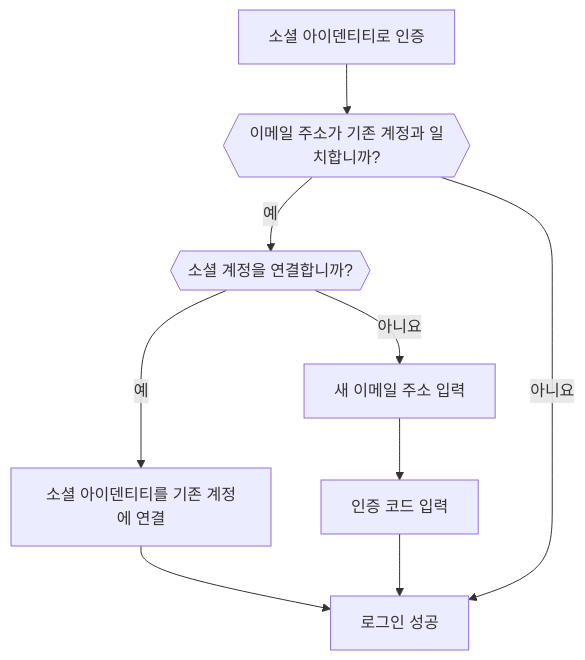
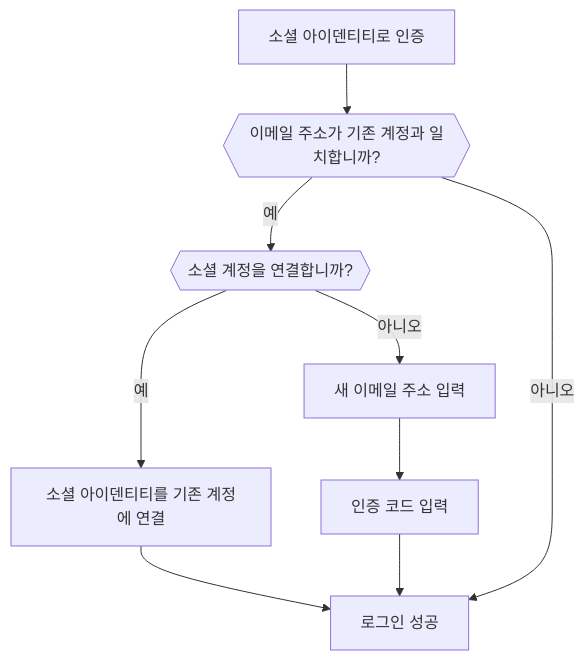
One commit to logto-io/docs changed the fifth of 5 diagrams in i18n/ko/docusaurus-plugin-content-docs/current/end-user-flows/sign-up-and-sign-in/social-sign-in.mdx. Above: the diagram before and after it, drawn with Mermaid. The commit also changed other lines of this file and 2629 other files, not shown here.

````diff
--- a/i18n/ko/docusaurus-plugin-content-docs/current/end-user-flows/sign-up-and-sign-in/social-sign-in.mdx
+++ b/i18n/ko/docusaurus-plugin-content-docs/current/end-user-flows/sign-up-and-sign-in/social-sign-in.mdx
@@ -156,11 +159,11 @@
    ```mermaid
       flowchart TD
        A[소셜 아이덴티티로 인증] --> B{{이메일 주소가 기존 계정과 일치합니까?}}
        B -- 예 --> C{{소셜 계정을 연결합니까?}}
        C -- 예 --> D[소셜 아이덴티티를 기존 계정에 연결]
        D --> E[로그인 성공]
-       C -- 아니요 --> F[새 이메일 주소 입력]
+       C -- 아니오 --> F[새 이메일 주소 입력]
        F --> G[인증 코드 입력]
        G --> E
-       B -- 아니요 --> E
+       B -- 아니오 --> E
    ```
````
